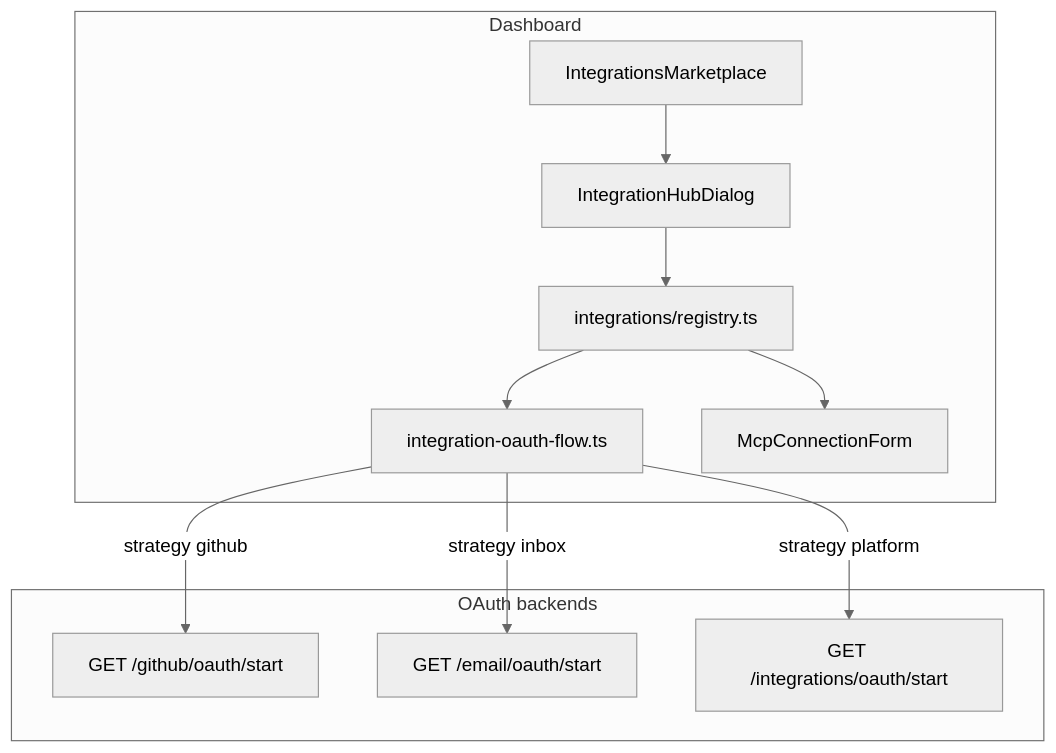
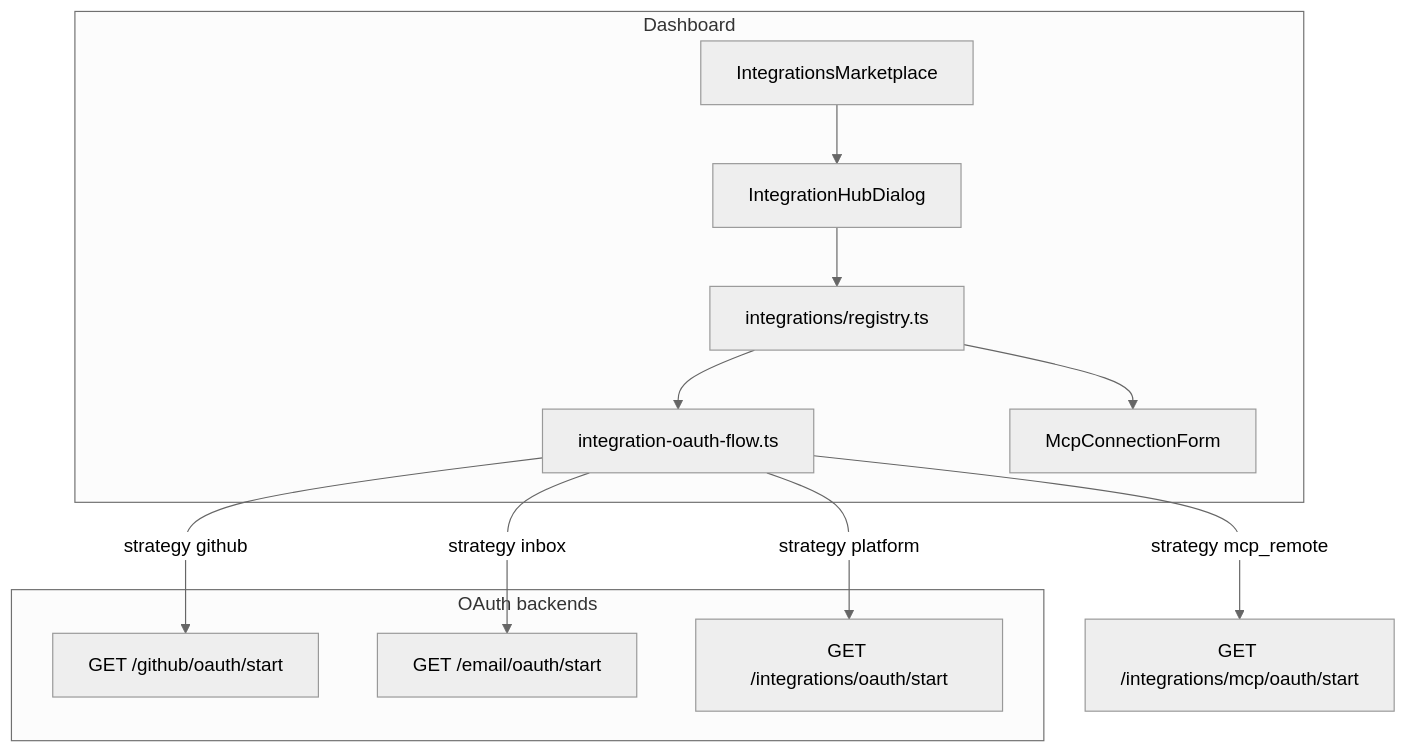
Before and after one commit to LorenzoBoers/BokitoAiV2: the diagram in apps/dashboard/docs/INTEGRATIONS.md, drawn with Mermaid (neutral theme). The commit also changed other lines of this file and 143 other files, not shown here.

````diff
--- a/apps/dashboard/docs/INTEGRATIONS.md
+++ b/apps/dashboard/docs/INTEGRATIONS.md
@@ -17,22 +17,23 @@
 ```mermaid
 flowchart TB
   subgraph ui [Dashboard]
     MP[IntegrationsMarketplace]
     Hub[IntegrationHubDialog]
     Reg[integrations/registry.ts]
     MP --> Hub
     Hub --> Reg
     Reg --> OAuthFlow[integration-oauth-flow.ts]
     Reg --> McpForm[McpConnectionForm]
   end
 
   subgraph oauth [OAuth backends]
     GH["GET /github/oauth/start"]
     Email["GET /email/oauth/start"]
     Plat["GET /integrations/oauth/start"]
   end
 
   OAuthFlow -->|strategy github| GH
   OAuthFlow -->|strategy inbox| Email
   OAuthFlow -->|strategy platform| Plat
+  OAuthFlow -->|strategy mcp_remote| McpOAuth["GET /integrations/mcp/oauth/start"]
 ```
````
